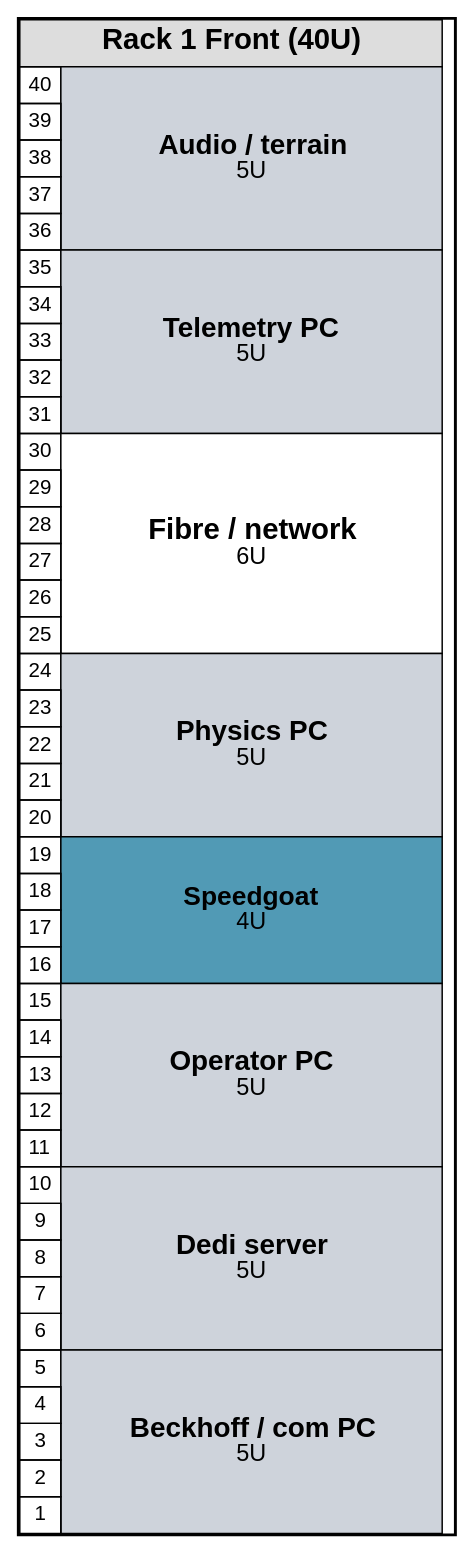
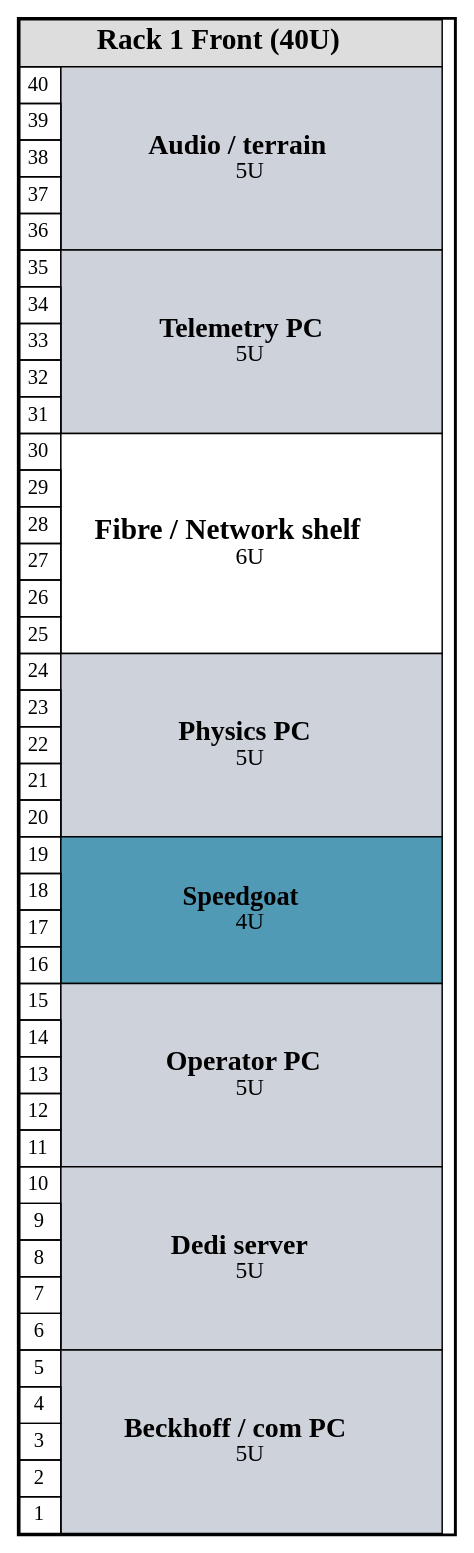
One commit to BenjiPestell/rack-diagram-demo changed the diagram in rack_rack1_front.dot. Above: the diagram before and after it, drawn with Graphviz. The commit also changed 11 other files, not shown here.

```diff
--- a/rack_rack1_front.dot
+++ b/rack_rack1_front.dot
@@ -1,163 +1,163 @@
 digraph "rack1_front" {
 
   graph [
     rankdir=TB,
     nodesep=0,
     ranksep=0,
     bgcolor="white"
   ];
 
   node [
     shape=plain,
-    fontname="Arial"
+    fontname="Sinkin Sans"
   ];
 
   rack1_front [
     label=<
 
 <TABLE
   BORDER="2"
   CELLBORDER="1"
   CELLSPACING="0"
   CELLPADDING="4"
   WIDTH="300"
 >
 
 <TR>
-<TD COLSPAN="3" BGCOLOR="#DDDDDD"><FONT POINT-SIZE="20"><B>Rack 1 Front (40U)</B></FONT></TD>
+<TD COLSPAN="3" BGCOLOR="#DDDDDD"><FONT POINT-SIZE="20" FACE="Sinkin Sans"><B>Rack 1 Front (40U)</B></FONT></TD>
 </TR>
 <TR>
-<TD WIDTH="28">40</TD>
-<TD COLSPAN="2" ROWSPAN="5" BGCOLOR="#ced3db" WIDTH="260"><FONT POINT-SIZE="19"><B>Audio / terrain</B></FONT><BR/><FONT POINT-SIZE="16">5U</FONT></TD>
+<TD WIDTH="28"><FONT FACE="Sinkin Sans">40</FONT></TD>
+<TD COLSPAN="2" ROWSPAN="5" BGCOLOR="#ced3db" WIDTH="260"><FONT POINT-SIZE="19" FACE="Sinkin Sans"><B>Audio / terrain</B></FONT><BR/><FONT POINT-SIZE="16" FACE="Sinkin Sans">5U</FONT></TD>
 </TR>
 <TR>
-<TD WIDTH="28">39</TD>
+<TD WIDTH="28"><FONT FACE="Sinkin Sans">39</FONT></TD>
 </TR>
 <TR>
-<TD WIDTH="28">38</TD>
+<TD WIDTH="28"><FONT FACE="Sinkin Sans">38</FONT></TD>
 </TR>
 <TR>
-<TD WIDTH="28">37</TD>
+<TD WIDTH="28"><FONT FACE="Sinkin Sans">37</FONT></TD>
 </TR>
 <TR>
-<TD WIDTH="28">36</TD>
+<TD WIDTH="28"><FONT FACE="Sinkin Sans">36</FONT></TD>
 </TR>
 <TR>
-<TD WIDTH="28">35</TD>
-<TD COLSPAN="2" ROWSPAN="5" BGCOLOR="#ced3db" WIDTH="260"><FONT POINT-SIZE="19"><B>Telemetry PC</B></FONT><BR/><FONT POINT-SIZE="16">5U</FONT></TD>
+<TD WIDTH="28"><FONT FACE="Sinkin Sans">35</FONT></TD>
+<TD COLSPAN="2" ROWSPAN="5" BGCOLOR="#ced3db" WIDTH="260"><FONT POINT-SIZE="19" FACE="Sinkin Sans"><B>Telemetry PC</B></FONT><BR/><FONT POINT-SIZE="16" FACE="Sinkin Sans">5U</FONT></TD>
 </TR>
 <TR>
-<TD WIDTH="28">34</TD>
+<TD WIDTH="28"><FONT FACE="Sinkin Sans">34</FONT></TD>
 </TR>
 <TR>
-<TD WIDTH="28">33</TD>
+<TD WIDTH="28"><FONT FACE="Sinkin Sans">33</FONT></TD>
 </TR>
 <TR>
-<TD WIDTH="28">32</TD>
+<TD WIDTH="28"><FONT FACE="Sinkin Sans">32</FONT></TD>
 </TR>
 <TR>
-<TD WIDTH="28">31</TD>
+<TD WIDTH="28"><FONT FACE="Sinkin Sans">31</FONT></TD>
 </TR>
 <TR>
-<TD WIDTH="28">30</TD>
-<TD COLSPAN="2" ROWSPAN="6" BGCOLOR="#FFFFFF" WIDTH="260"><FONT POINT-SIZE="20"><B>Fibre / network</B></FONT><BR/><FONT POINT-SIZE="16">6U</FONT></TD>
+<TD WIDTH="28"><FONT FACE="Sinkin Sans">30</FONT></TD>
+<TD COLSPAN="2" ROWSPAN="6" BGCOLOR="#FFFFFF" WIDTH="260"><FONT POINT-SIZE="20" FACE="Sinkin Sans"><B>Fibre / Network shelf</B></FONT><BR/><FONT POINT-SIZE="16" FACE="Sinkin Sans">6U</FONT></TD>
 </TR>
 <TR>
-<TD WIDTH="28">29</TD>
+<TD WIDTH="28"><FONT FACE="Sinkin Sans">29</FONT></TD>
 </TR>
 <TR>
-<TD WIDTH="28">28</TD>
+<TD WIDTH="28"><FONT FACE="Sinkin Sans">28</FONT></TD>
 </TR>
 <TR>
-<TD WIDTH="28">27</TD>
+<TD WIDTH="28"><FONT FACE="Sinkin Sans">27</FONT></TD>
 </TR>
 <TR>
-<TD WIDTH="28">26</TD>
+<TD WIDTH="28"><FONT FACE="Sinkin Sans">26</FONT></TD>
 </TR>
 <TR>
-<TD WIDTH="28">25</TD>
+<TD WIDTH="28"><FONT FACE="Sinkin Sans">25</FONT></TD>
 </TR>
 <TR>
-<TD WIDTH="28">24</TD>
-<TD COLSPAN="2" ROWSPAN="5" BGCOLOR="#ced3db" WIDTH="260"><FONT POINT-SIZE="19"><B>Physics PC</B></FONT><BR/><FONT POINT-SIZE="16">5U</FONT></TD>
+<TD WIDTH="28"><FONT FACE="Sinkin Sans">24</FONT></TD>
+<TD COLSPAN="2" ROWSPAN="5" BGCOLOR="#ced3db" WIDTH="260"><FONT POINT-SIZE="19" FACE="Sinkin Sans"><B>Physics PC</B></FONT><BR/><FONT POINT-SIZE="16" FACE="Sinkin Sans">5U</FONT></TD>
 </TR>
 <TR>
-<TD WIDTH="28">23</TD>
+<TD WIDTH="28"><FONT FACE="Sinkin Sans">23</FONT></TD>
 </TR>
 <TR>
-<TD WIDTH="28">22</TD>
+<TD WIDTH="28"><FONT FACE="Sinkin Sans">22</FONT></TD>
 </TR>
 <TR>
-<TD WIDTH="28">21</TD>
+<TD WIDTH="28"><FONT FACE="Sinkin Sans">21</FONT></TD>
 </TR>
 <TR>
-<TD WIDTH="28">20</TD>
+<TD WIDTH="28"><FONT FACE="Sinkin Sans">20</FONT></TD>
 </TR>
 <TR>
-<TD WIDTH="28">19</TD>
-<TD COLSPAN="2" ROWSPAN="4" BGCOLOR="#519AB5" WIDTH="260"><FONT POINT-SIZE="18"><B>Speedgoat</B></FONT><BR/><FONT POINT-SIZE="16">4U</FONT></TD>
+<TD WIDTH="28"><FONT FACE="Sinkin Sans">19</FONT></TD>
+<TD COLSPAN="2" ROWSPAN="4" BGCOLOR="#519AB5" WIDTH="260"><FONT POINT-SIZE="18" FACE="Sinkin Sans"><B>Speedgoat</B></FONT><BR/><FONT POINT-SIZE="16" FACE="Sinkin Sans">4U</FONT></TD>
 </TR>
 <TR>
-<TD WIDTH="28">18</TD>
+<TD WIDTH="28"><FONT FACE="Sinkin Sans">18</FONT></TD>
 </TR>
 <TR>
-<TD WIDTH="28">17</TD>
+<TD WIDTH="28"><FONT FACE="Sinkin Sans">17</FONT></TD>
 </TR>
 <TR>
-<TD WIDTH="28">16</TD>
+<TD WIDTH="28"><FONT FACE="Sinkin Sans">16</FONT></TD>
 </TR>
 <TR>
-<TD WIDTH="28">15</TD>
-<TD COLSPAN="2" ROWSPAN="5" BGCOLOR="#ced3db" WIDTH="260"><FONT POINT-SIZE="19"><B>Operator PC</B></FONT><BR/><FONT POINT-SIZE="16">5U</FONT></TD>
+<TD WIDTH="28"><FONT FACE="Sinkin Sans">15</FONT></TD>
+<TD COLSPAN="2" ROWSPAN="5" BGCOLOR="#ced3db" WIDTH="260"><FONT POINT-SIZE="19" FACE="Sinkin Sans"><B>Operator PC</B></FONT><BR/><FONT POINT-SIZE="16" FACE="Sinkin Sans">5U</FONT></TD>
 </TR>
 <TR>
-<TD WIDTH="28">14</TD>
+<TD WIDTH="28"><FONT FACE="Sinkin Sans">14</FONT></TD>
 </TR>
 <TR>
-<TD WIDTH="28">13</TD>
+<TD WIDTH="28"><FONT FACE="Sinkin Sans">13</FONT></TD>
 </TR>
 <TR>
-<TD WIDTH="28">12</TD>
+<TD WIDTH="28"><FONT FACE="Sinkin Sans">12</FONT></TD>
 </TR>
 <TR>
-<TD WIDTH="28">11</TD>
+<TD WIDTH="28"><FONT FACE="Sinkin Sans">11</FONT></TD>
 </TR>
 <TR>
-<TD WIDTH="28">10</TD>
-<TD COLSPAN="2" ROWSPAN="5" BGCOLOR="#ced3db" WIDTH="260"><FONT POINT-SIZE="19"><B>Dedi server</B></FONT><BR/><FONT POINT-SIZE="16">5U</FONT></TD>
+<TD WIDTH="28"><FONT FACE="Sinkin Sans">10</FONT></TD>
+<TD COLSPAN="2" ROWSPAN="5" BGCOLOR="#ced3db" WIDTH="260"><FONT POINT-SIZE="19" FACE="Sinkin Sans"><B>Dedi server</B></FONT><BR/><FONT POINT-SIZE="16" FACE="Sinkin Sans">5U</FONT></TD>
 </TR>
 <TR>
-<TD WIDTH="28">9</TD>
+<TD WIDTH="28"><FONT FACE="Sinkin Sans">9</FONT></TD>
 </TR>
 <TR>
-<TD WIDTH="28">8</TD>
+<TD WIDTH="28"><FONT FACE="Sinkin Sans">8</FONT></TD>
 </TR>
 <TR>
-<TD WIDTH="28">7</TD>
+<TD WIDTH="28"><FONT FACE="Sinkin Sans">7</FONT></TD>
 </TR>
 <TR>
-<TD WIDTH="28">6</TD>
+<TD WIDTH="28"><FONT FACE="Sinkin Sans">6</FONT></TD>
 </TR>
 <TR>
-<TD WIDTH="28">5</TD>
-<TD COLSPAN="2" ROWSPAN="5" BGCOLOR="#ced3db" WIDTH="260"><FONT POINT-SIZE="19"><B>Beckhoff / com PC</B></FONT><BR/><FONT POINT-SIZE="16">5U</FONT></TD>
+<TD WIDTH="28"><FONT FACE="Sinkin Sans">5</FONT></TD>
+<TD COLSPAN="2" ROWSPAN="5" BGCOLOR="#ced3db" WIDTH="260"><FONT POINT-SIZE="19" FACE="Sinkin Sans"><B>Beckhoff / com PC</B></FONT><BR/><FONT POINT-SIZE="16" FACE="Sinkin Sans">5U</FONT></TD>
 </TR>
 <TR>
-<TD WIDTH="28">4</TD>
+<TD WIDTH="28"><FONT FACE="Sinkin Sans">4</FONT></TD>
 </TR>
 <TR>
-<TD WIDTH="28">3</TD>
+<TD WIDTH="28"><FONT FACE="Sinkin Sans">3</FONT></TD>
 </TR>
 <TR>
-<TD WIDTH="28">2</TD>
+<TD WIDTH="28"><FONT FACE="Sinkin Sans">2</FONT></TD>
 </TR>
 <TR>
-<TD WIDTH="28">1</TD>
+<TD WIDTH="28"><FONT FACE="Sinkin Sans">1</FONT></TD>
 </TR>
 
 </TABLE>
 
 >
   ];
 
 }
```
